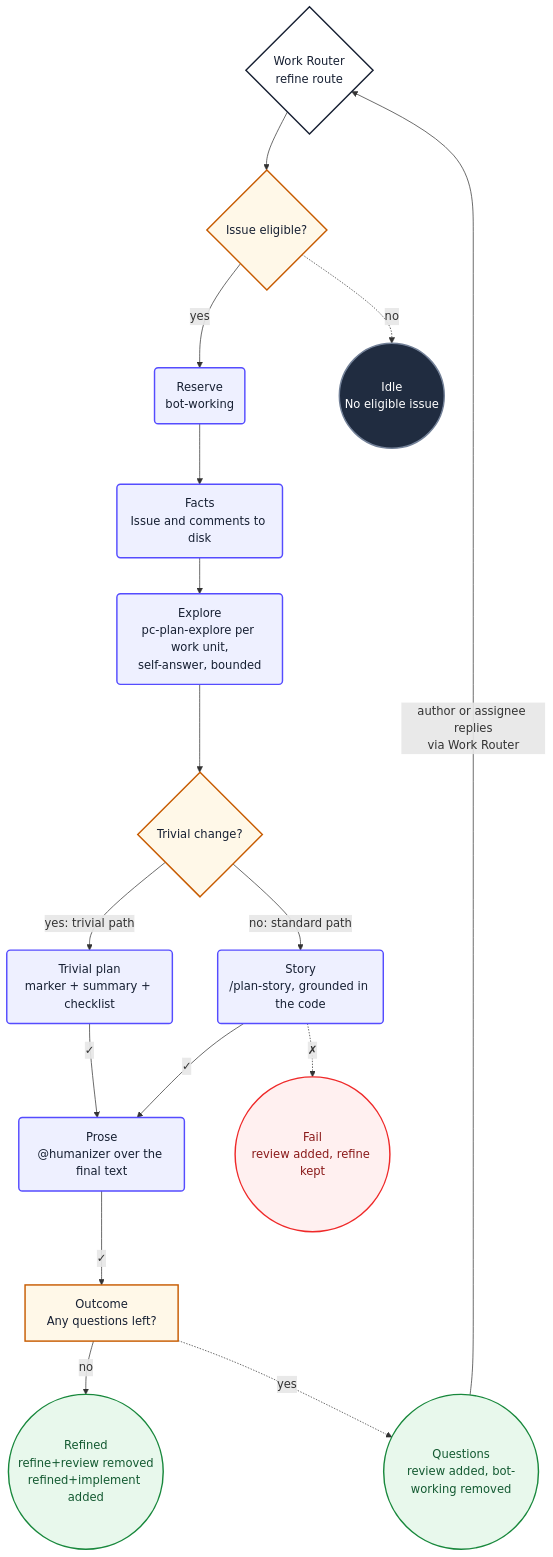
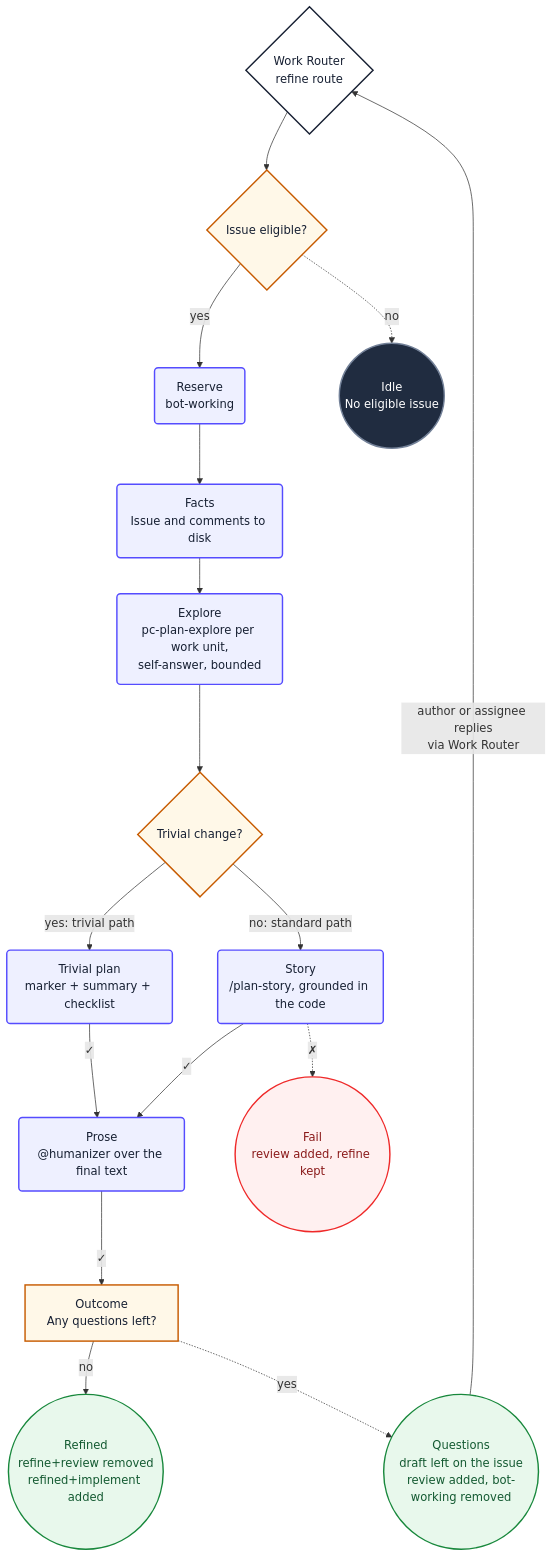
One commit to PlainConceptsPlatform/agentic-workflows changed the diagram in loops/workflows/agent-refine.md. Above: the diagram before and after it, drawn with Mermaid. The commit also changed other lines of this file and 4 other files, not shown here.

````diff
--- a/loops/workflows/agent-refine.md
+++ b/loops/workflows/agent-refine.md
@@ -573,37 +618,37 @@
 ```mermaid
 flowchart TD
     refStart{"Work Router<br/>refine route"} --> refPick
     refPick{"Issue eligible?"} -->|yes| refReserve
     refPick -.->|no| refIdle
     refReserve("Reserve<br/>bot-working") --> refFacts
     refFacts("Facts<br/>Issue and comments to disk") --> refExplore
     refExplore("Explore<br/>pc-plan-explore per work unit,<br/>self-answer, bounded") --> refClassify
     refClassify{"Trivial change?"}
     refClassify -->|yes: trivial path| refTrivial
     refClassify -->|no: standard path| refStory
     refTrivial("Trivial plan<br/>marker + summary + checklist") -->|✓| refProse
     refStory("Story<br/>/plan-story, grounded in the code") -->|✓| refProse
     refStory -.->|✗| refFail
     refProse("Prose<br/>@humanizer over the final text") -->|✓| refOutcome
     refOutcome["Outcome<br/>Any questions left?"] -->|no| refDone
     refOutcome -.->|yes| refAsk
     refDone(("Refined<br/>refine+review removed<br/>refined+implement added"))
-    refAsk(("Questions<br/>review added, bot-working removed"))
+    refAsk(("Questions<br/>draft left on the issue<br/>review added, bot-working removed"))
     refAsk -->|author or assignee replies<br/>via Work Router| refStart
     refIdle(("Idle<br/>No eligible issue"))
     refFail(("Fail<br/>review added, refine kept"))
 
     classDef start fill:#ffffff,stroke:#172033,stroke-width:2px,color:#172033
     classDef action fill:#eef0ff,stroke:#554cff,stroke-width:2px,color:#172033
     classDef decision fill:#fff8e8,stroke:#c75b00,stroke-width:2px,color:#172033
     classDef idle fill:#202c40,stroke:#738198,stroke-width:2px,color:#ffffff
     classDef failure fill:#fff0f0,stroke:#ef2929,stroke-width:2px,color:#8b1a1a
     classDef success fill:#e8f8ec,stroke:#18883c,stroke-width:2px,color:#145a32
 
     class refStart start
     class refReserve,refFacts,refExplore,refStory,refTrivial,refProse action
     class refPick,refOutcome,refClassify decision
     class refIdle idle
     class refFail failure
     class refDone,refAsk success
 ```
````
